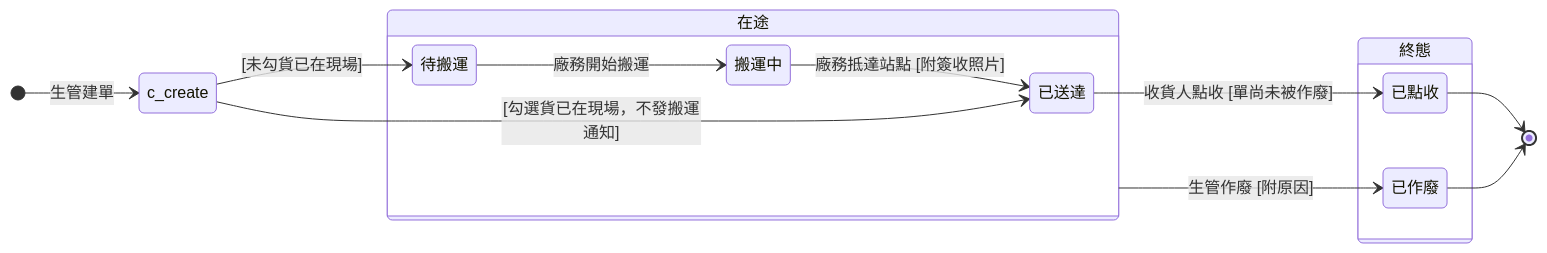
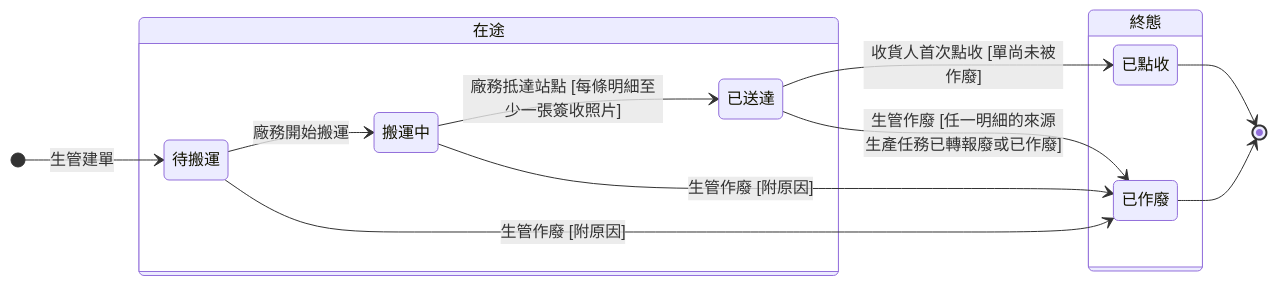
The diagram in memory/Sens_wiki/wiki/erp/06-state-machines/轉交單狀態.md (Kawato-Miles/erp-spec), drawn with Mermaid before and after one commit. The commit also changed other lines of this file and 84 other files, not shown here.

````diff
--- a/memory/Sens_wiki/wiki/erp/06-state-machines/轉交單狀態.md
+++ b/memory/Sens_wiki/wiki/erp/06-state-machines/轉交單狀態.md
@@ -39,30 +39,28 @@
 ```mermaid
 stateDiagram-v2
     direction LR
 
-    [*] --> c_create : 生管建單
-    state c_create <<choice>>
+    [*] --> s_pending : 生管建單
 
     state "在途" as g_active {
         state "待搬運" as s_pending
         state "搬運中" as s_moving
         state "已送達" as s_arrived
 
         s_pending --> s_moving : 廠務開始搬運
-        s_moving --> s_arrived : 廠務抵達站點 [附簽收照片]
+        s_moving --> s_arrived : 廠務抵達站點 [每條明細至少一張簽收照片]
     }
 
     state "終態" as Final {
         state "已點收" as s_received
         state "已作廢" as s_void
     }
 
-    c_create --> s_pending : [未勾貨已在現場]
-    c_create --> s_arrived : [勾選貨已在現場，不發搬運通知]
-
-    s_arrived --> s_received : 收貨人點收 [單尚未被作廢]
-    g_active --> s_void : 生管作廢 [附原因]
+    s_arrived --> s_received : 收貨人首次點收 [單尚未被作廢]
+    s_pending --> s_void : 生管作廢 [附原因]
+    s_moving --> s_void : 生管作廢 [附原因]
+    s_arrived --> s_void : 生管作廢 [任一明細的來源生產任務已轉報廢或已作廢]
 
     s_received --> [*]
     s_void --> [*]
 ```
````
